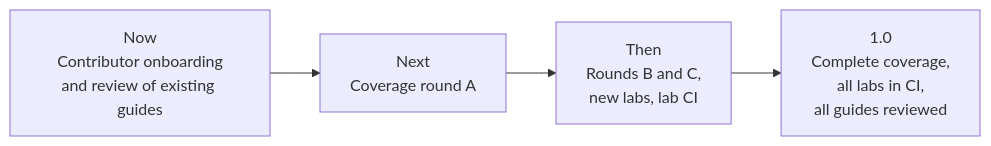
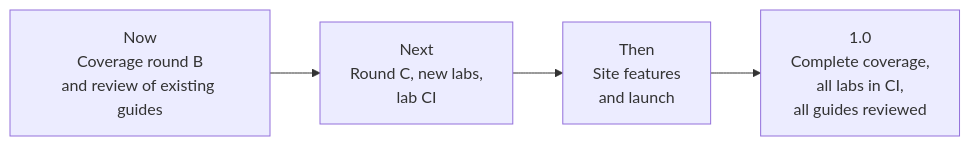
One commit to HarshRajSinghania/data-engineering-handbook changed the diagram in docs/roadmap.md. Above: the diagram before and after it, drawn with Mermaid. The commit also changed other lines of this file and 25 other files, not shown here.

First line of the commit message:
docs: add coverage round A - Azure/Fabric, real-time OLAP, Trino, Kubernetes, testing and CI/CD

````diff
--- a/docs/roadmap.md
+++ b/docs/roadmap.md
@@ -11,6 +11,6 @@
 ```mermaid
 flowchart LR
-    N["Now<br/>Contributor onboarding<br/>and review of existing guides"] --> A["Next<br/>Coverage round A"]
-    A --> B["Then<br/>Rounds B and C,<br/>new labs, lab CI"]
+    N["Now<br/>Coverage round B<br/>and review of existing guides"] --> A["Next<br/>Round C, new labs,<br/>lab CI"]
+    A --> B["Then<br/>Site features<br/>and launch"]
     B --> V["1.0<br/>Complete coverage,<br/>all labs in CI,<br/>all guides reviewed"]
 ```
````
